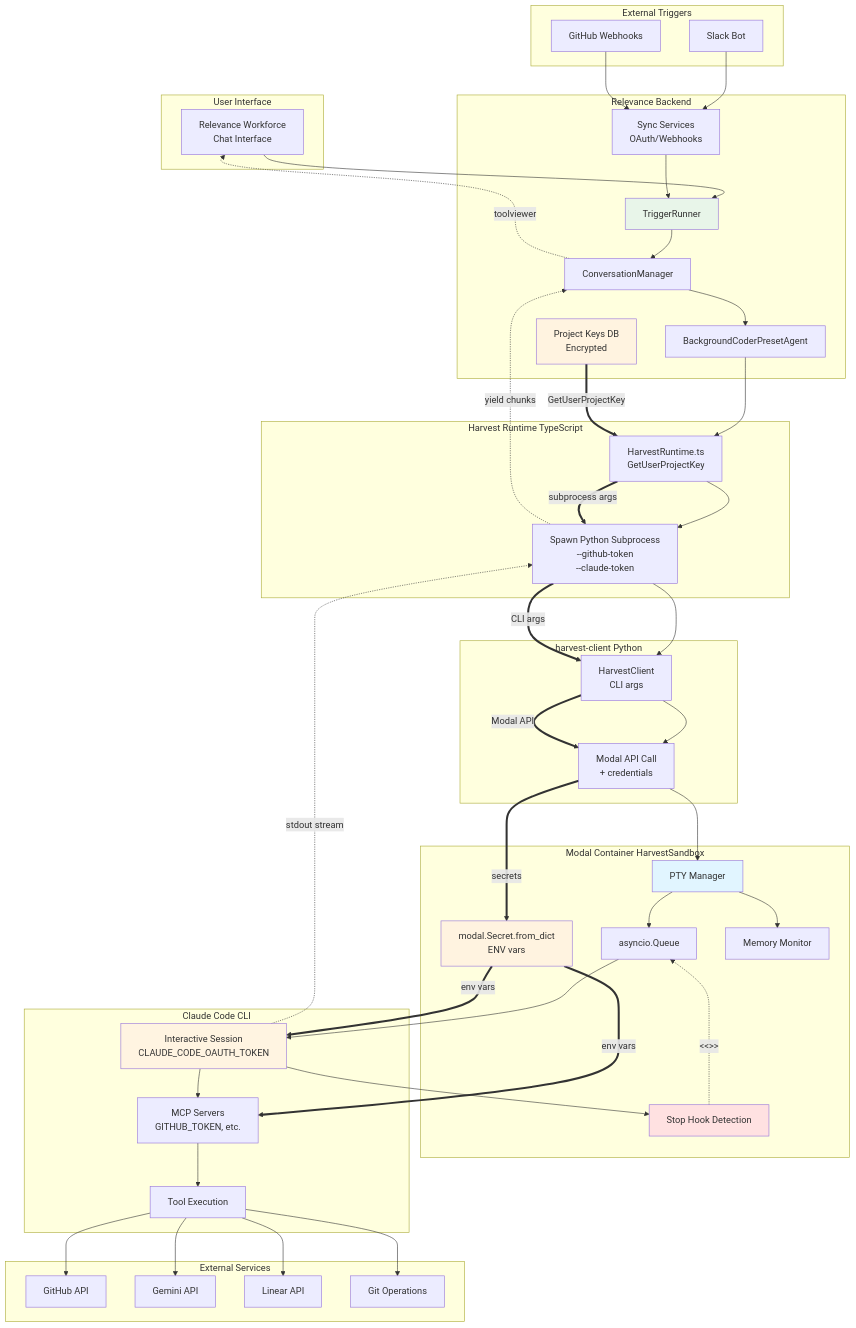
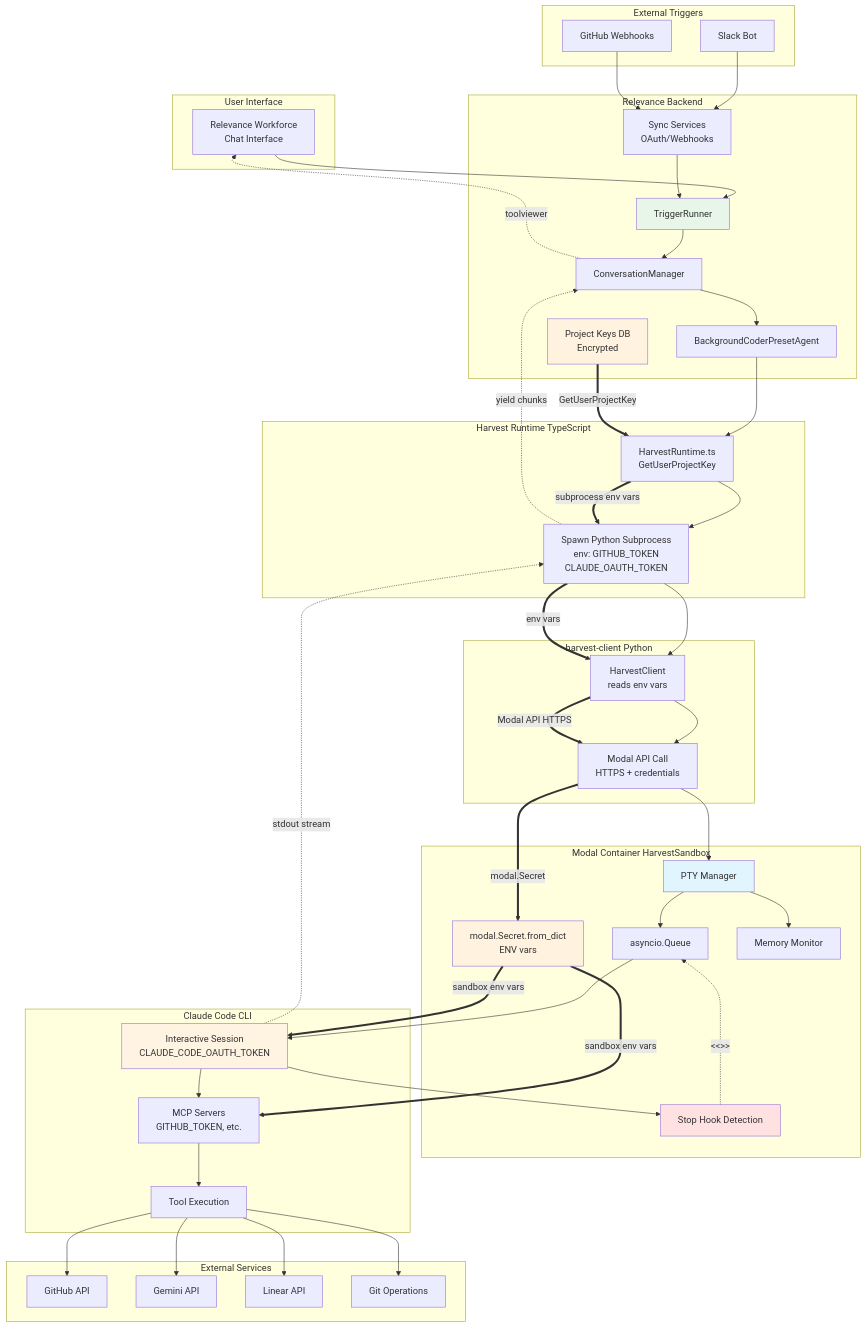
Before and after one commit to RelevanceAI/harvest: the second of 3 diagrams in .claude/plans/feat-harvest-pty-interactive-sessions/EXEC_SUMMARY.md, drawn with Mermaid. The commit also changed other lines of this file, not shown here.

First line of the commit message:
docs: fix secrets handling to use env vars instead of CLI args

```diff
--- a/.claude/plans/feat-harvest-pty-interactive-sessions/EXEC_SUMMARY.md
+++ b/.claude/plans/feat-harvest-pty-interactive-sessions/EXEC_SUMMARY.md
@@ -144,12 +144,12 @@
 
     subgraph "Harvest Runtime TypeScript"
         C1[HarvestRuntime.ts<br/>GetUserProjectKey]
-        C2[Spawn Python Subprocess<br/>--github-token<br/>--claude-token]
+        C2[Spawn Python Subprocess<br/>env: GITHUB_TOKEN<br/>CLAUDE_OAUTH_TOKEN]
     end
 
     subgraph "harvest-client Python"
-        D1[HarvestClient<br/>CLI args]
-        D2[Modal API Call<br/>+ credentials]
+        D1[HarvestClient<br/>reads env vars]
+        D2[Modal API Call<br/>HTTPS + credentials]
     end
 
     subgraph "Modal Container HarvestSandbox"
@@ -201,12 +201,12 @@
     B3 -.->|toolviewer| A0
 
     B0 ==>|GetUserProjectKey| C1
-    C1 ==>|subprocess args| C2
-    C2 ==>|CLI args| D1
-    D1 ==>|Modal API| D2
-    D2 ==>|secrets| E0
-    E0 ==>|env vars| F1
-    E0 ==>|env vars| F2
+    C1 ==>|subprocess env vars| C2
+    C2 ==>|env vars| D1
+    D1 ==>|Modal API HTTPS| D2
+    D2 ==>|modal.Secret| E0
+    E0 ==>|sandbox env vars| F1
+    E0 ==>|sandbox env vars| F2
 
     style E1 fill:#e1f5ff
     style F1 fill:#fff4e1
```
